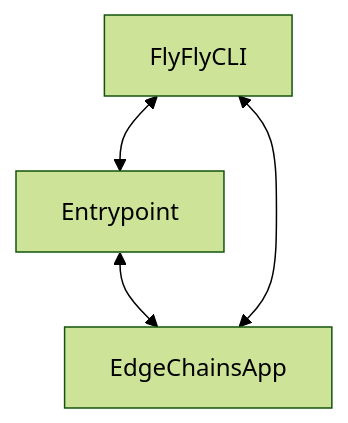
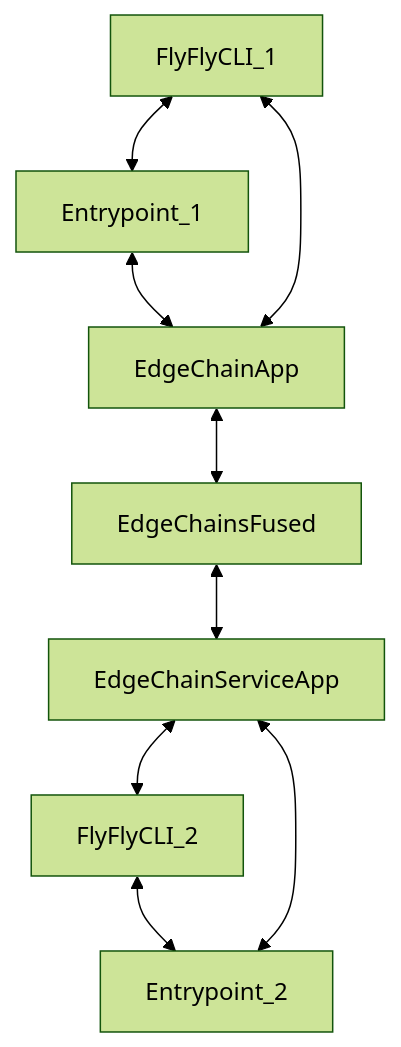
One commit to arakoodev/EdgeChains changed the diagram in README.md. Above: the diagram before and after it, drawn with Mermaid (forest theme).

Commit message:
[MODIFY] Updated README

````diff
--- a/README.md
+++ b/README.md
@@ -37,4 +37,8 @@
 ```mermaid
 graph TD
-  FlyFlyCLI <--> Entrypoint <--> EdgeChainsApp <--> FlyFlyCLI
+  FlyFlyCLI_1 <--> Entrypoint_1 <--> EdgeChainApp <--> FlyFlyCLI_1
+  FlyFlyCLI_2 <--> Entrypoint_2 <--> EdgeChainServiceApp <--> FlyFlyCLI_2
+
+  EdgeChainApp <--> EdgeChainsFused
+  EdgeChainsFused <--> EdgeChainServiceApp
 ```
````
